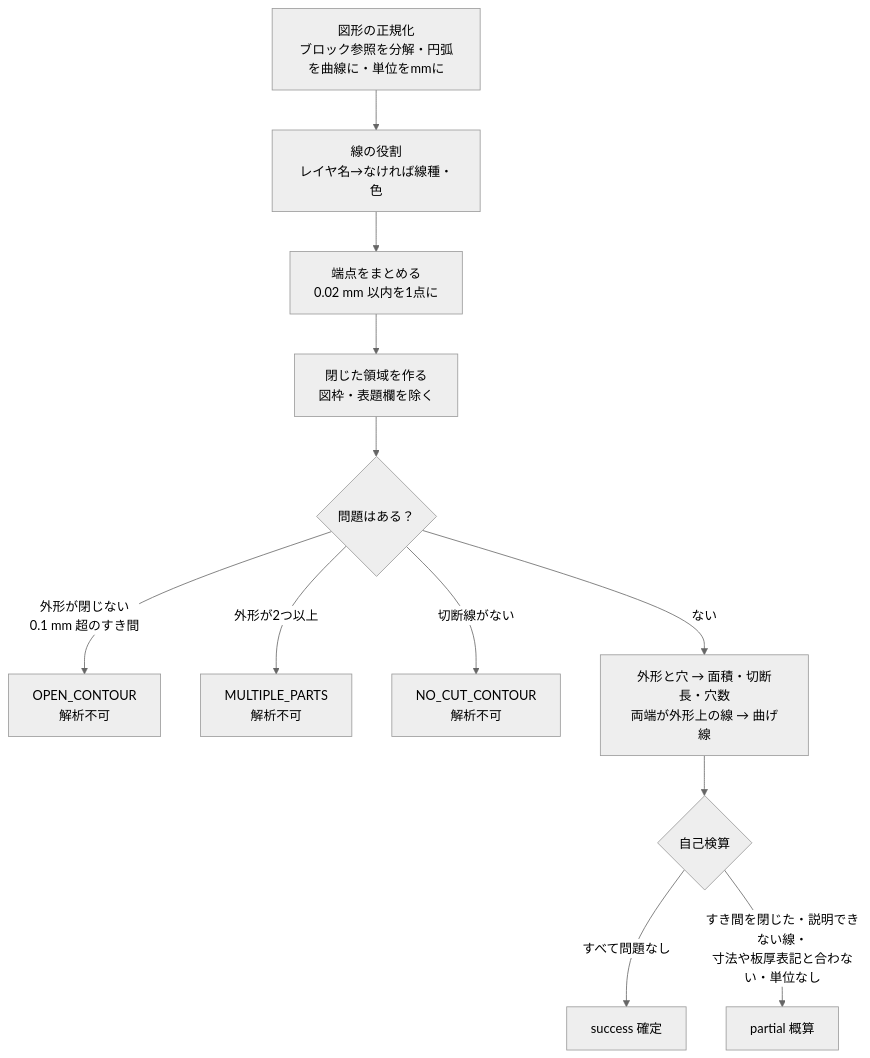
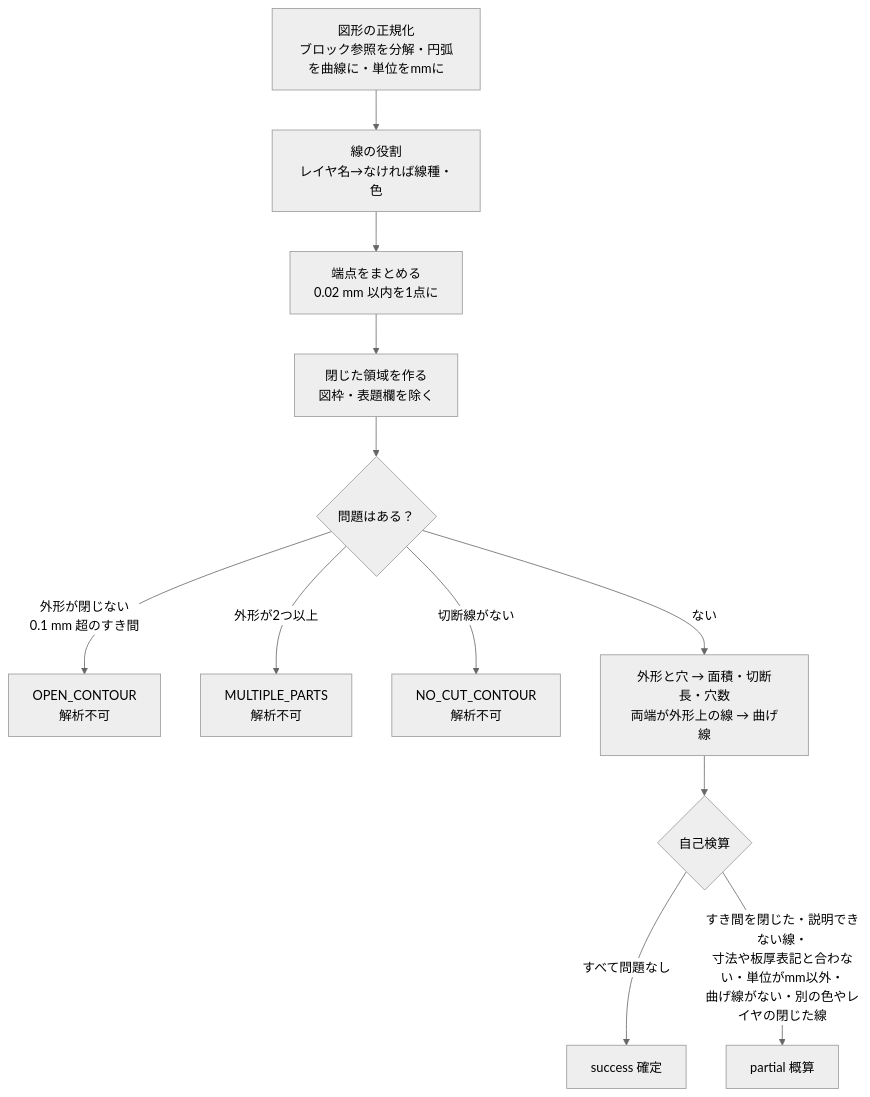
Before and after one commit to 1975020t/step_analysis_for_automatic-estimate: the sixth of 12 diagrams in docs/02_設計書.md, drawn with Mermaid (neutral theme). The commit also changed other lines of this file and 67 other files, not shown here.

````diff
--- a/docs/02_設計書.md
+++ b/docs/02_設計書.md
@@ -179,14 +184,14 @@
 ```mermaid 図 展開図DXFの解析の流れ
 flowchart TD
   n1[図形の正規化<br/>ブロック参照を分解・円弧を曲線に・単位をmmに] --> n2[線の役割<br/>レイヤ名→なければ線種・色]
   n2 --> n3[端点をまとめる<br/>0.02 mm 以内を1点に]
   n3 --> n4[閉じた領域を作る<br/>図枠・表題欄を除く]
   n4 --> n5{問題はある？}
   n5 -->|外形が閉じない<br/>0.1 mm 超のすき間| X1[OPEN_CONTOUR<br/>解析不可]
   n5 -->|外形が2つ以上| X2[MULTIPLE_PARTS<br/>解析不可]
   n5 -->|切断線がない| X3[NO_CUT_CONTOUR<br/>解析不可]
   n5 -->|ない| n6[外形と穴 → 面積・切断長・穴数<br/>両端が外形上の線 → 曲げ線]
   n6 --> n7{自己検算}
   n7 -->|すべて問題なし| OK[success 確定]
-  n7 -->|すき間を閉じた・説明できない線・<br/>寸法や板厚表記と合わない・単位なし| PA[partial 概算]
+  n7 -->|すき間を閉じた・説明できない線・<br/>寸法や板厚表記と合わない・単位がmm以外・<br/>曲げ線がない・別の色やレイヤの閉じた線| PA[partial 概算]
 ```
````
